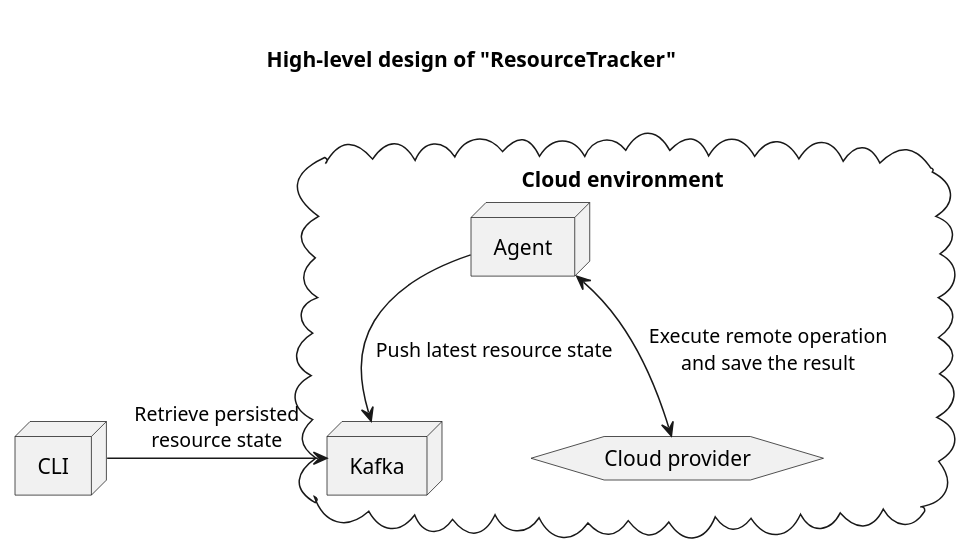
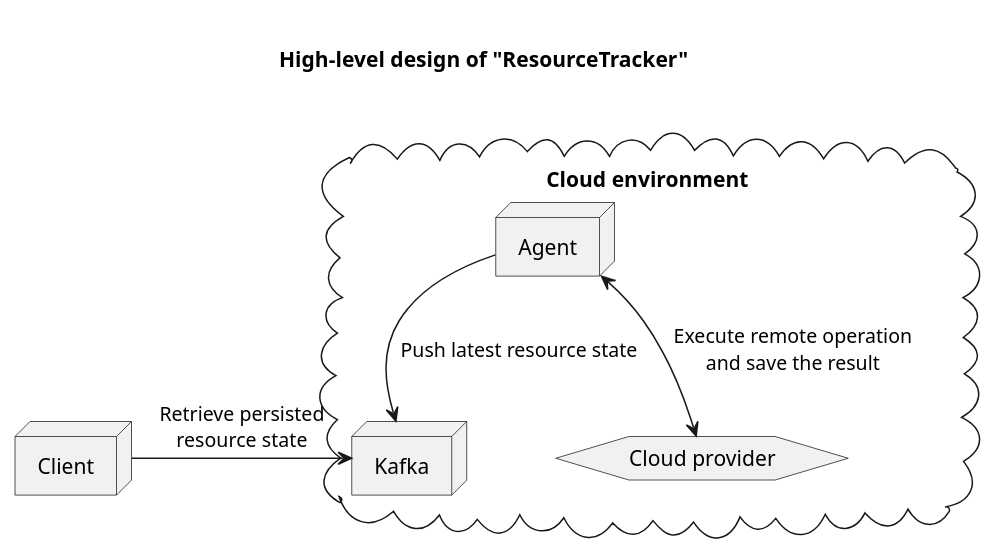
One commit to YarikRevich/ResourceTracker changed the diagram in docs/high-level-design-raw.md. Above: the diagram before and after it, drawn with PlantUML. The commit also changed 84 other files, not shown here.

````diff
--- a/docs/high-level-design-raw.md
+++ b/docs/high-level-design-raw.md
@@ -1,20 +1,20 @@
 ```plantuml
 title
 
 High-level design of "ResourceTracker"
 
 end title
 
 cloud "Cloud environment" {
 node "Kafka"
 node "Agent"
 hexagon "Cloud provider"
 
     [Agent] <--> [Cloud provider]: "Execute remote operation\nand save the result"
     [Agent] --> [Kafka]: "Push latest resource state"
 }
 
-node "CLI"
+node "Client"
 
-[CLI] -> [Kafka]: Retrieve persisted\nresource state
+[Client] -> [Kafka]: Retrieve persisted\nresource state
 ```
````
